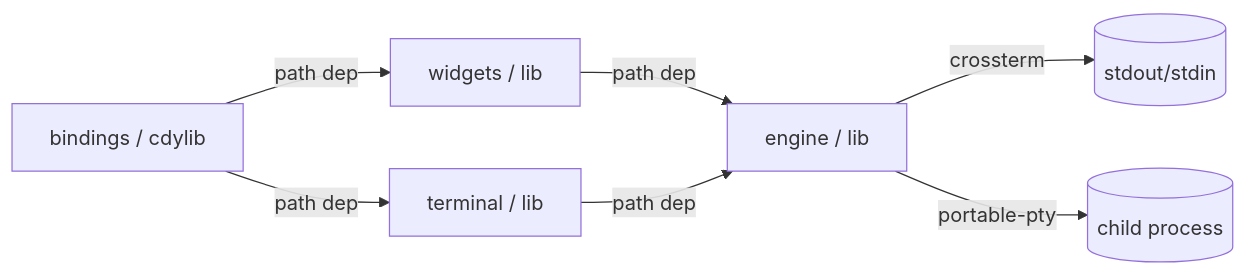
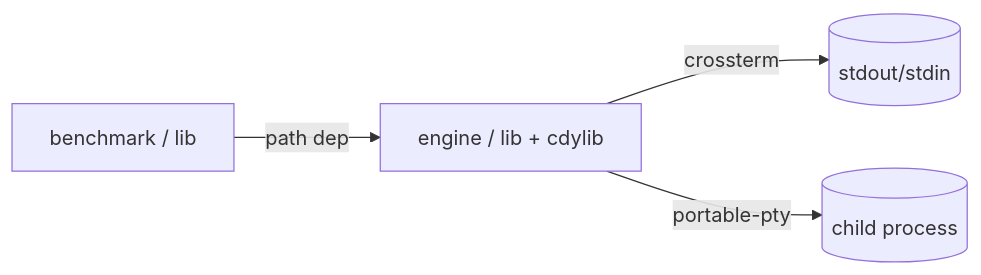
One commit to localfirstai/bettertui changed the third of 6 diagrams in docs/architecture/overview.md. Above: the diagram before and after it, drawn with Mermaid. The commit also changed other lines of this file and 38 other files, not shown here.

````diff
--- a/docs/architecture/overview.md
+++ b/docs/architecture/overview.md
@@ -105,9 +112,6 @@
 ```mermaid
 graph LR
-    B[bindings / cdylib] -->|path dep| T[terminal / lib]
-    B -->|path dep| W[widgets / lib]
-    W -->|path dep| E[engine / lib]
-    T -->|path dep| E
-    E -->|crossterm| C1[(stdout/stdin)]
+    E[engine / lib + cdylib] -->|crossterm| C1[(stdout/stdin)]
     E -->|portable-pty| C2[(child process)]
+    B[benchmark / lib] -->|path dep| E
 ```
````
